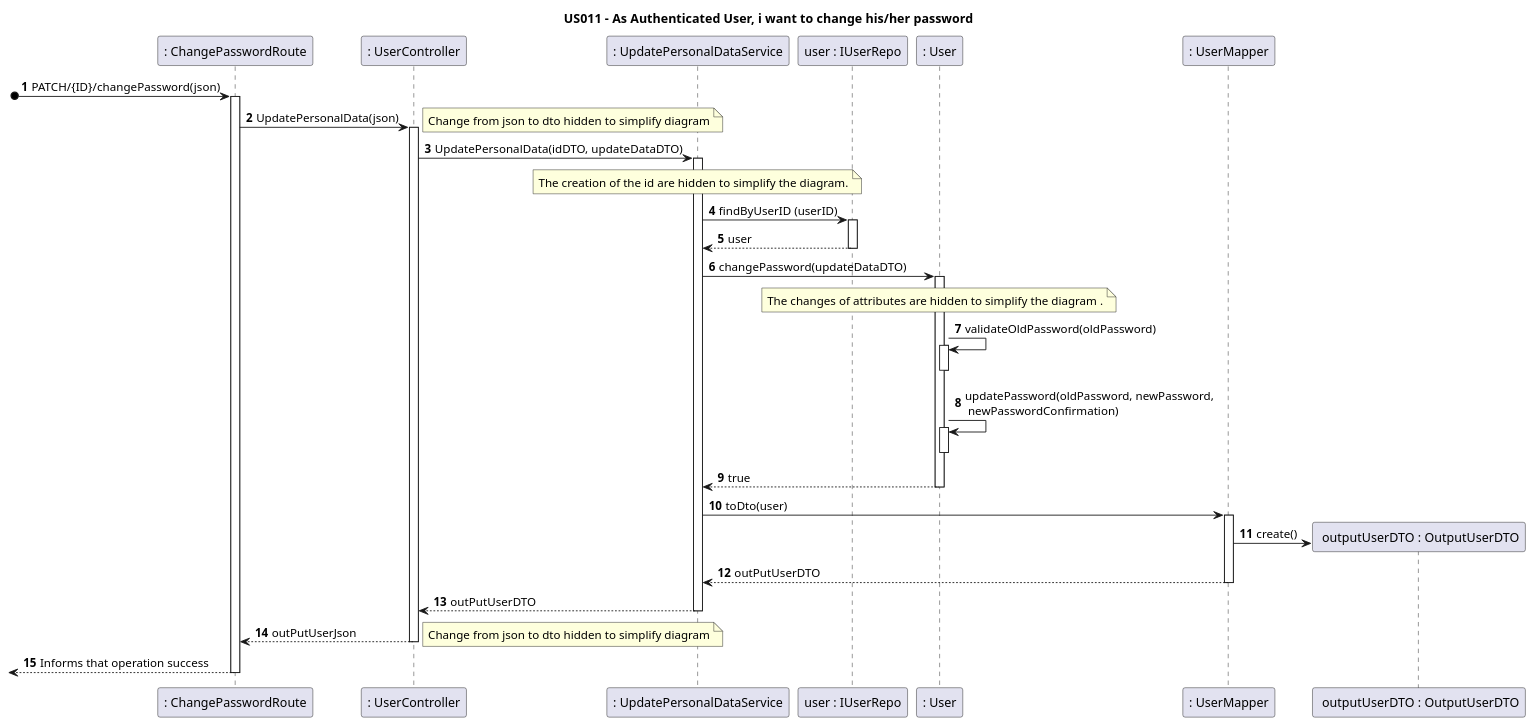
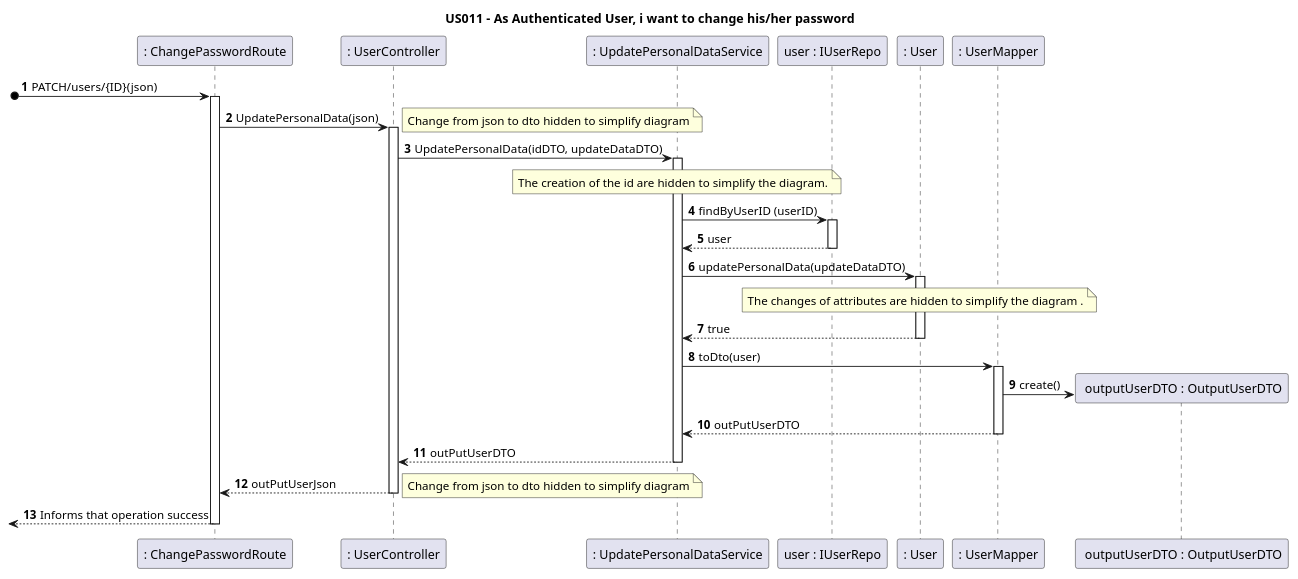
One commit to nunogon1211787/projectManagement changed the diagram in docs/Sprint1/US011/US011RE-SD.puml. Above: the diagram before and after it, drawn with PlantUML. The commit also changed 8 other files, not shown here.

```diff
--- a/docs/Sprint1/US011/US011RE-SD.puml
+++ b/docs/Sprint1/US011/US011RE-SD.puml
@@ -1,50 +1,50 @@
 @startuml
 'https://plantuml.com/sequence-diagram
 
 title US011 - As Authenticated User, i want to change his/her password
 
 autoactivate on
 autonumber
 
 
 participant ": ChangePasswordRoute" as UI
 participant ": UserController" as Ctrl
 participant ": UpdatePersonalDataService" as service
 participant "user : IUserRepo" as repo
 participant ": User" as user
 participant ": UserMapper" as mapper
 participant " outputUserDTO : OutputUserDTO" as outdto
 
 
 
-[o-> UI: PATCH/{ID}/changePassword(json)
+[o-> UI: PATCH/users/{ID}(json)
 UI -> Ctrl: UpdatePersonalData(json)
 note right
 Change from json to dto hidden to simplify diagram
 end note
 Ctrl -> service : UpdatePersonalData(idDTO, updateDataDTO)
 note over service : The creation of the id are hidden to simplify the diagram.
 
 service -> repo: findByUserID (userID)
 repo --> service : user
-service->user: changePassword(updateDataDTO)
+service->user: updatePersonalData(updateDataDTO)
 note over user : The changes of attributes are hidden to simplify the diagram .
 
-user -> user: validateOldPassword(oldPassword)
-deactivate user
-user -> user: updatePassword(oldPassword, newPassword,\n newPasswordConfirmation)
-deactivate user
+'user -> user: validateOldPassword(oldPassword)
+'deactivate user
+'user -> user: updatePassword(oldPassword, newPassword,\n newPasswordConfirmation)
+'deactivate user
 user-->service : true
 
 service->mapper : toDto(user)
 mapper -> outdto **: create()
 mapper-->service : outPutUserDTO
 service-->Ctrl : outPutUserDTO
 Ctrl -->UI : outPutUserJson
 note right
 Change from json to dto hidden to simplify diagram
 end note
 [<--UI : Informs that operation success
 
 
 @enduml
```
